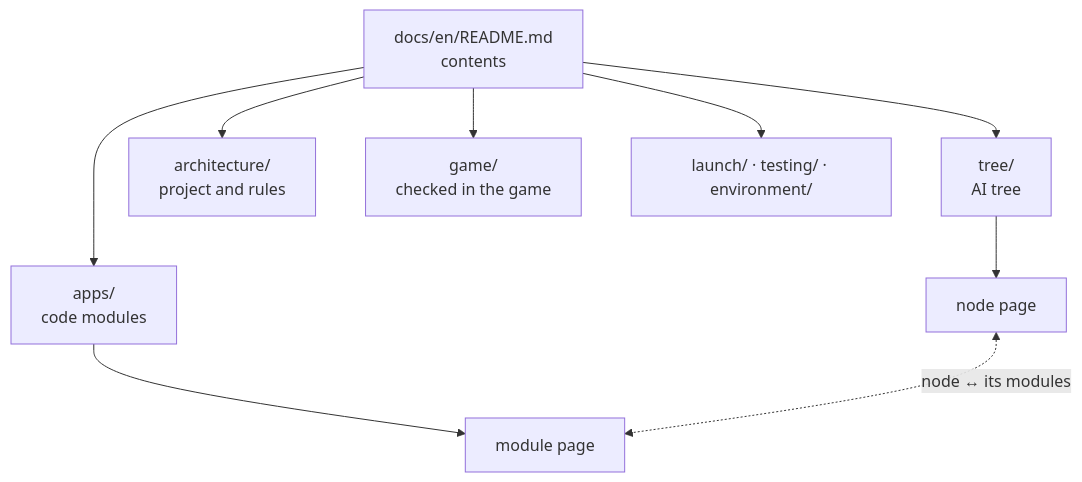
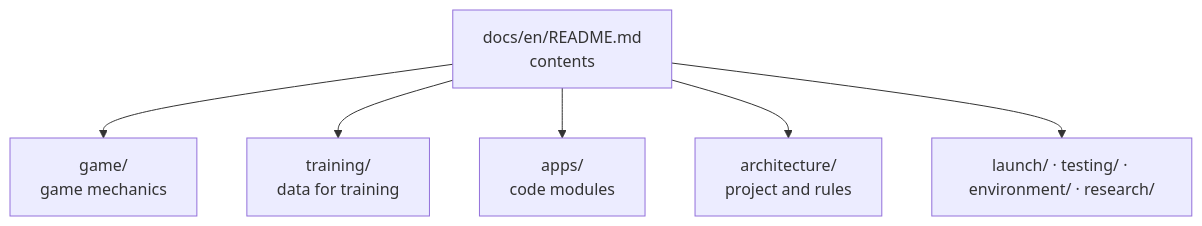
Before and after one commit to DimaZero7/TWW3-batle-ai: the first of 2 diagrams in docs/en/architecture/documentation.md, drawn with Mermaid. The commit also changed other lines of this file and 438 other files, not shown here.

First line of the commit message:
Reset: keep the game's base mechanics and data for training a network from scratch

````diff
--- a/docs/en/architecture/documentation.md
+++ b/docs/en/architecture/documentation.md
@@ -10,11 +11,8 @@
 ```mermaid
 flowchart TB
-  root["docs/en/README.md<br/>contents"] --> tree["tree/<br/>AI tree"]
+  root["docs/en/README.md<br/>contents"] --> game["game/<br/>game mechanics"]
+  root --> training["training/<br/>data for training"]
   root --> apps["apps/<br/>code modules"]
   root --> arch["architecture/<br/>project and rules"]
-  root --> game["game/<br/>checked in the game"]
-  root --> other["launch/ · testing/ · environment/"]
-  tree --> node["node page"]
-  apps --> mod["module page"]
-  node <-. "node ↔ its modules" .-> mod
+  root --> other["launch/ · testing/ · environment/ · research/"]
 ```
````
